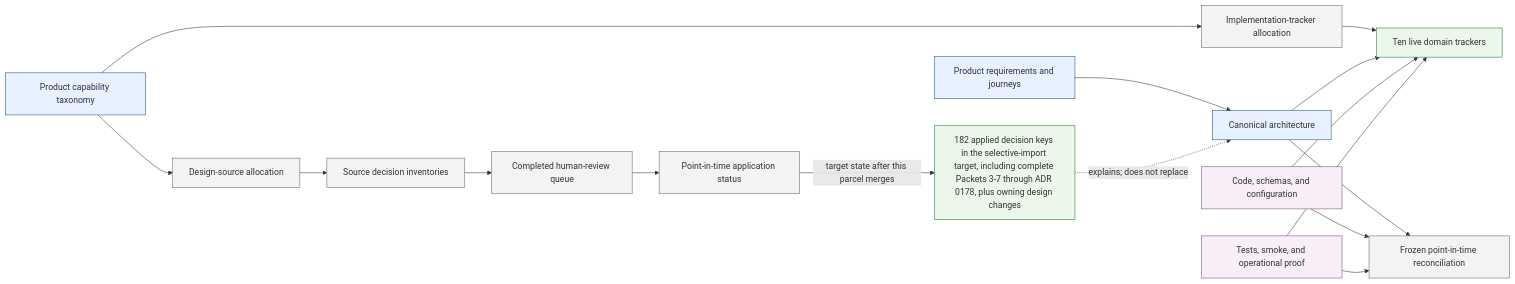
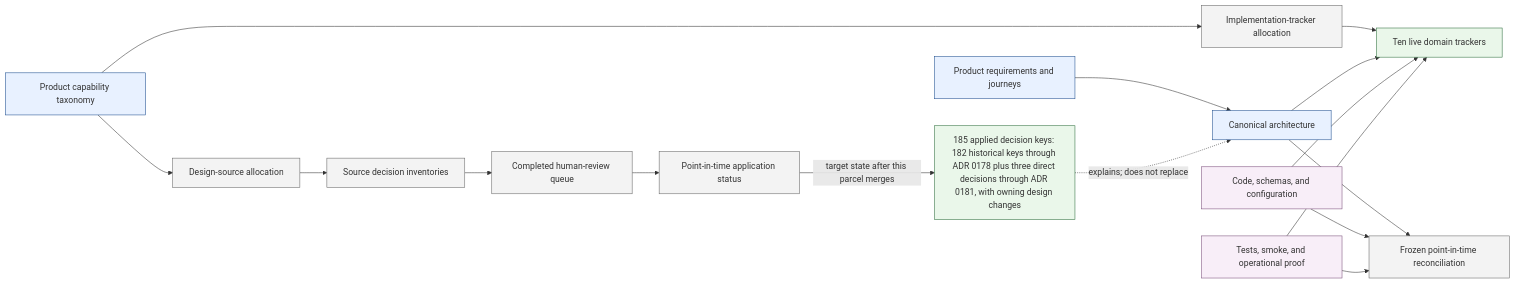
Before and after one commit to benhook1013/FireMUD: the diagram in design/project-management/design-alignment/README.md, drawn with Mermaid. The commit also changed other lines of this file and 48 other files, not shown here.

````diff
--- a/design/project-management/design-alignment/README.md
+++ b/design/project-management/design-alignment/README.md
@@ -27,26 +27,26 @@
 ```mermaid
 flowchart LR
     PRODUCT[Product requirements and journeys]:::canonical --> ARCH[Canonical architecture]:::canonical
     TAXONOMY[Product capability taxonomy]:::canonical --> DESIGN_ALLOC[Design-source allocation]:::alignment
     DESIGN_ALLOC --> SOURCE_INV[Source decision inventories]:::alignment
     SOURCE_INV --> HUMAN_QUEUE[Completed human-review queue]:::alignment
     HUMAN_QUEUE --> APPLY[Point-in-time application status]:::alignment
-    APPLY -->|target state after this parcel merges| APPLIED_DECISIONS[182 applied decision keys in the selective-import target, including complete Packets 3-7 through ADR 0178, plus owning design changes]:::status
+    APPLY -->|target state after this parcel merges| APPLIED_DECISIONS[185 applied decision keys: 182 historical keys through ADR 0178 plus three direct decisions through ADR 0181, with owning design changes]:::status
     APPLIED_DECISIONS -. explains; does not replace .-> ARCH
 
     TAXONOMY --> TRACKER_ALLOC[Implementation-tracker allocation]:::alignment
     TRACKER_ALLOC --> TRACKERS[Ten live domain trackers]:::status
     ARCH --> TRACKERS
     CODE[Code, schemas, and configuration]:::evidence --> TRACKERS
     PROOF[Tests, smoke, and operational proof]:::evidence --> TRACKERS
 
     ARCH --> RECON[Frozen point-in-time reconciliation]:::alignment
     CODE --> RECON
     PROOF --> RECON
 
     classDef canonical fill:#e8f1ff,stroke:#1f4f8f
     classDef alignment fill:#f3f3f3,stroke:#666
     classDef pending fill:#fff4d6,stroke:#9a6700
     classDef status fill:#eaf7ea,stroke:#2f6f3e
     classDef evidence fill:#f8eef8,stroke:#7a4e7a
 ```
````
